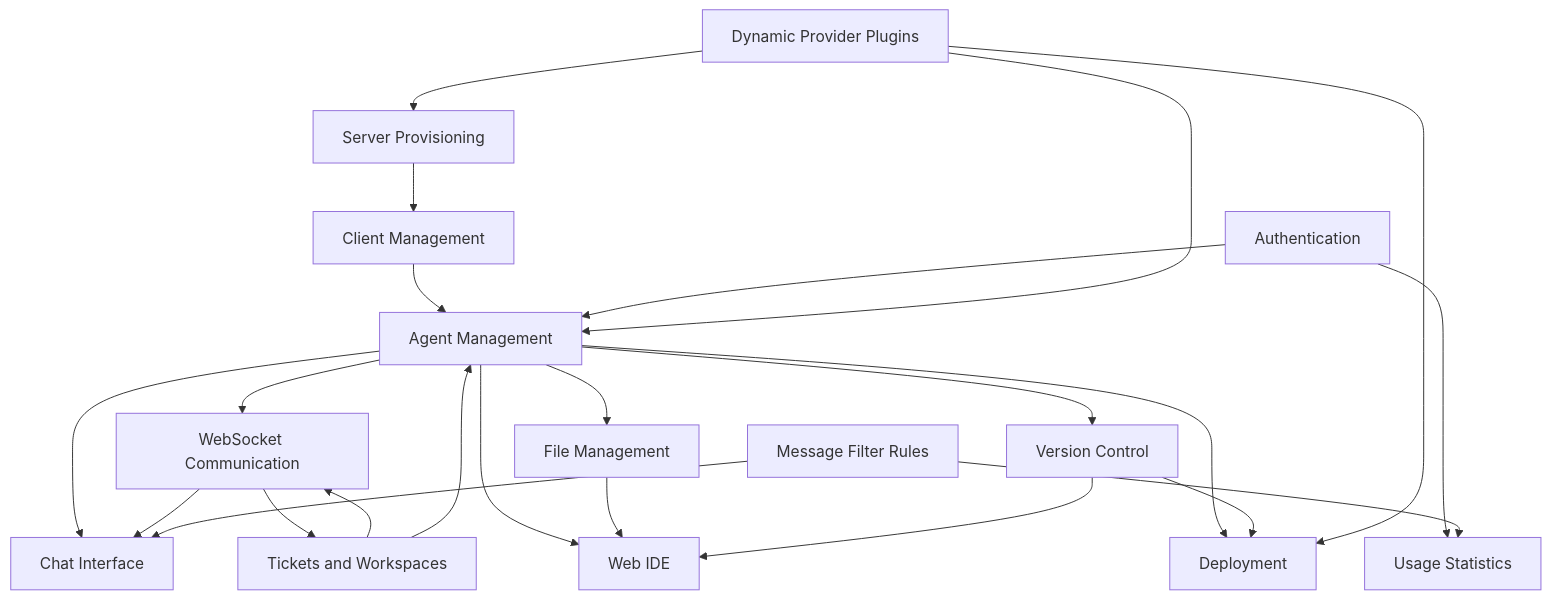
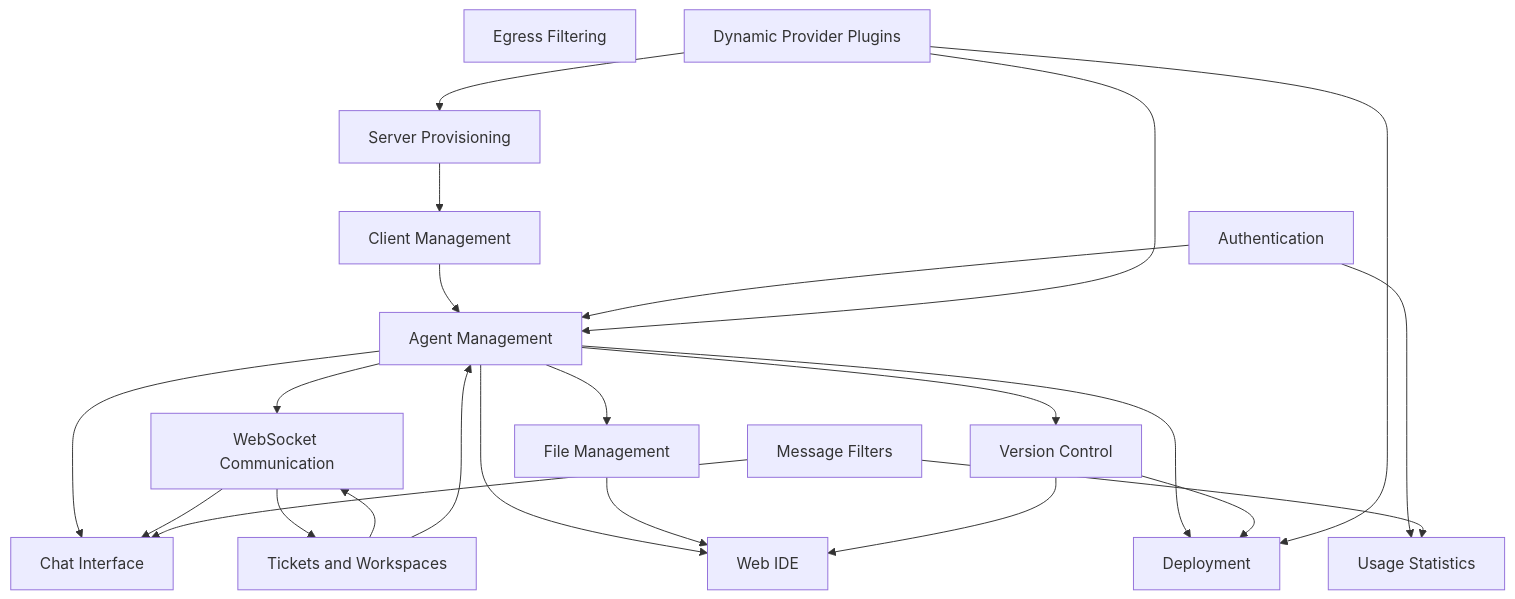
The diagram in docs/agenstra/features/README.md (forepath/one), drawn with Mermaid before and after one commit. The commit also changed other lines of this file and 244 other files, not shown here.

````diff
--- a/docs/agenstra/features/README.md
+++ b/docs/agenstra/features/README.md
@@ -250,40 +255,41 @@
 ```mermaid
 graph TB
     CM[Client Management]
     AM[Agent Management]
     SP[Server Provisioning]
     WS[WebSocket Communication]
     FM[File Management]
     VC[Version Control]
     IDE[Web IDE]
     Chat[Chat Interface]
     DEP[Deployment]
     AUTH[Authentication]
     TK[Tickets and Workspaces]
     ST[Usage Statistics]
-    FR[Message Filter Rules]
+    FR[Message Filters]
+    EG[Egress Filtering]
     DP[Dynamic Provider Plugins]
 
     SP --> CM
     CM --> AM
     AM --> WS
     AM --> FM
     AM --> VC
     AM --> IDE
     AM --> Chat
     AM --> DEP
     WS --> Chat
     WS --> TK
     FM --> IDE
     VC --> IDE
     VC --> DEP
     AUTH --> AM
     AUTH --> ST
     TK --> WS
     FR --> Chat
     FR --> ST
     TK --> AM
     DP --> SP
     DP --> AM
     DP --> DEP
 ```
````
